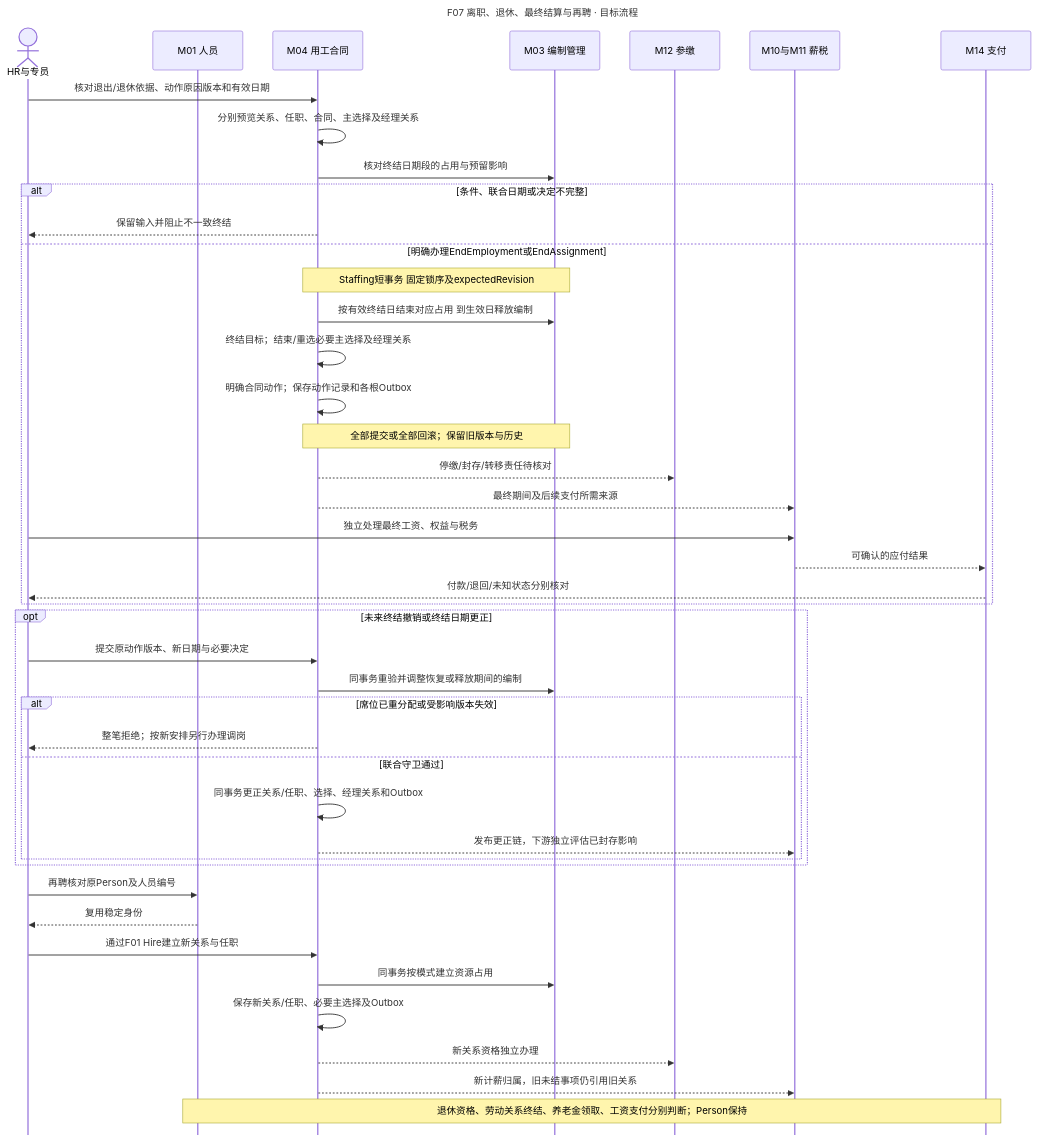
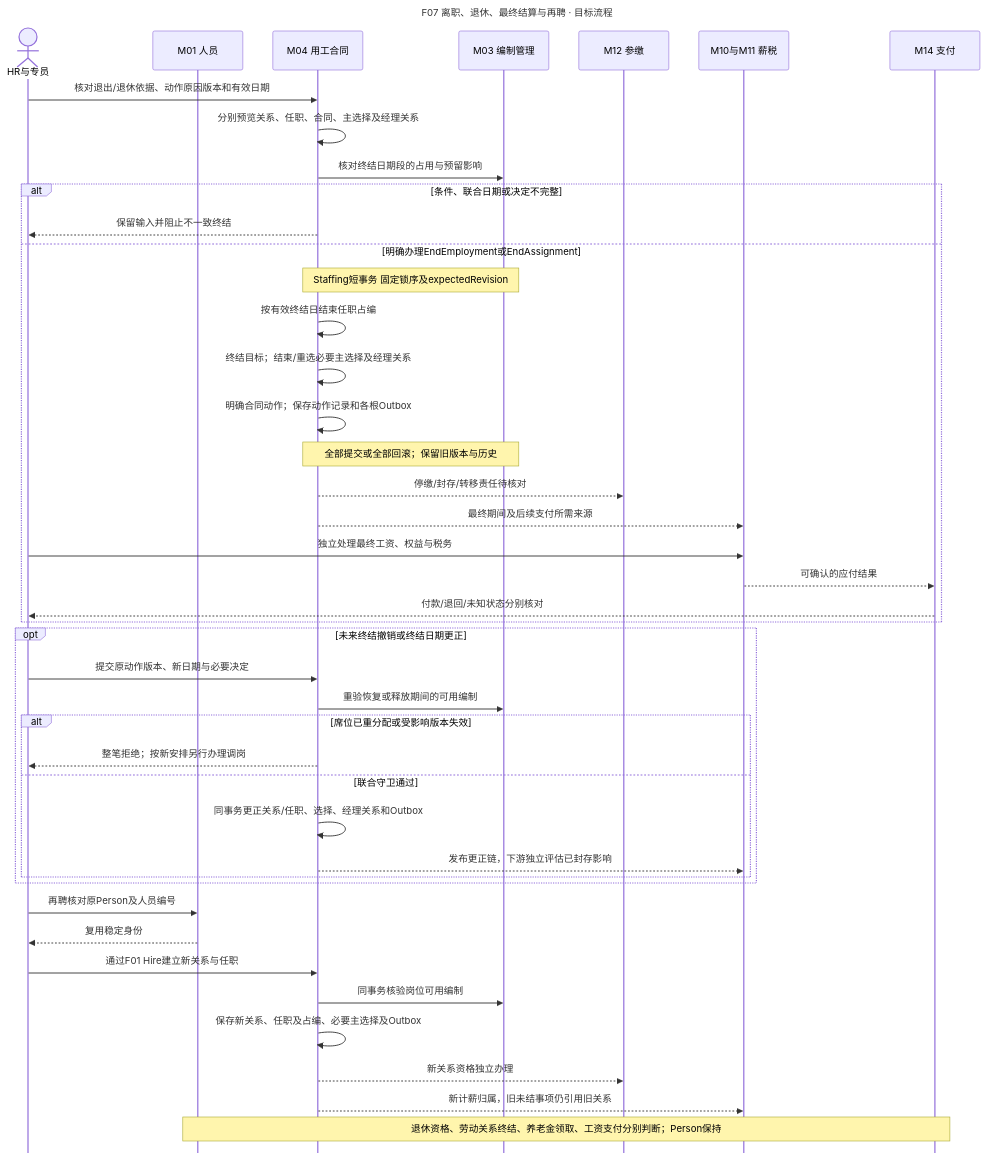
The diagram in docs/architecture/target/diagrams/f07-exit-rehire.mmd (jacksonlee411/CHNHCM-P), drawn with Mermaid before and after one commit. The commit also changed 62 other files, not shown here.

```diff
--- a/docs/architecture/target/diagrams/f07-exit-rehire.mmd
+++ b/docs/architecture/target/diagrams/f07-exit-rehire.mmd
@@ -1,47 +1,47 @@
 ---
 title: F07 离职、退休、最终结算与再聘 · 目标流程
 ---
 %%{init: {"sequence": {"mirrorActors": false, "diagramMarginX": 50, "diagramMarginY": 20}}}%%
 sequenceDiagram
   actor H as HR与专员
   participant P as M01 人员
   participant E as M04 用工合同
   participant Q as M03 编制管理
   participant S as M12 参缴
   participant Y as M10与M11 薪税
   participant B as M14 支付
   H->>E: 核对退出/退休依据、动作原因版本和有效日期
   E->>E: 分别预览关系、任职、合同、主选择及经理关系
   E->>Q: 核对终结日期段的占用与预留影响
   alt 条件、联合日期或决定不完整
     E-->>H: 保留输入并阻止不一致终结
   else 明确办理EndEmployment或EndAssignment
     Note over E,Q: Staffing短事务 固定锁序及expectedRevision
-    E->>Q: 按有效终结日结束对应占用 到生效日释放编制
+    E->>E: 按有效终结日结束任职占编
     E->>E: 终结目标；结束/重选必要主选择及经理关系
     E->>E: 明确合同动作；保存动作记录和各根Outbox
     Note over E,Q: 全部提交或全部回滚；保留旧版本与历史
     E-->>S: 停缴/封存/转移责任待核对
     E-->>Y: 最终期间及后续支付所需来源
     H->>Y: 独立处理最终工资、权益与税务
     Y-->>B: 可确认的应付结果
     B-->>H: 付款/退回/未知状态分别核对
   end
   opt 未来终结撤销或终结日期更正
     H->>E: 提交原动作版本、新日期与必要决定
-    E->>Q: 同事务重验并调整恢复或释放期间的编制
+    E->>Q: 重验恢复或释放期间的可用编制
     alt 席位已重分配或受影响版本失效
       E-->>H: 整笔拒绝；按新安排另行办理调岗
     else 联合守卫通过
       E->>E: 同事务更正关系/任职、选择、经理关系和Outbox
       E-->>Y: 发布更正链，下游独立评估已封存影响
     end
   end
   H->>P: 再聘核对原Person及人员编号
   P-->>H: 复用稳定身份
   H->>E: 通过F01 Hire建立新关系与任职
-  E->>Q: 同事务按模式建立资源占用
-  E->>E: 保存新关系/任职、必要主选择及Outbox
+  E->>Q: 同事务核验岗位可用编制
+  E->>E: 保存新关系、任职及占编、必要主选择及Outbox
   E-->>S: 新关系资格独立办理
   E-->>Y: 新计薪归属，旧未结事项仍引用旧关系
   Note over P,B: 退休资格、劳动关系终结、养老金领取、工资支付分别判断；Person保持
```
